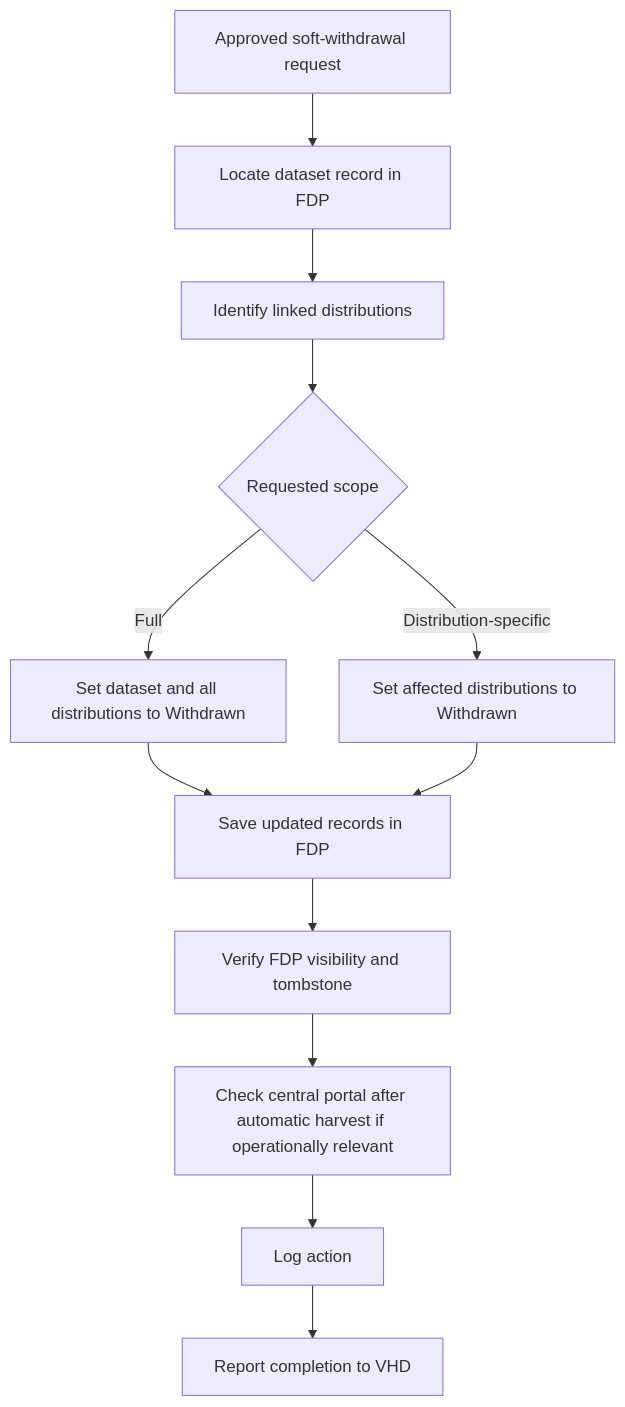
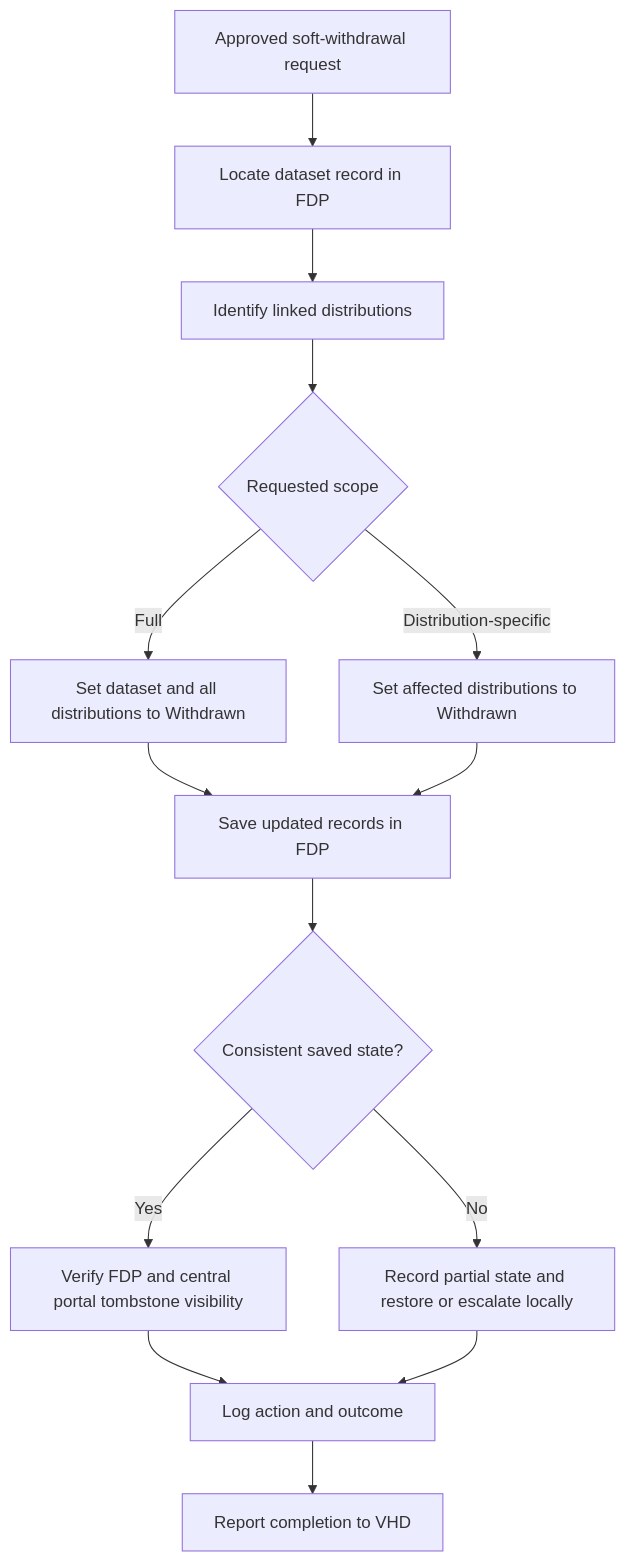
Before and after one commit to M-casado/standard-operating-procedures: the diagram in sops/node-specific/GDI-SOP0011_withdraw-dataset-from-node-fair-data-point.md, drawn with Mermaid. The commit also changed other lines of this file and 1 other file, not shown here.

````diff
--- a/sops/node-specific/GDI-SOP0011_withdraw-dataset-from-node-fair-data-point.md
+++ b/sops/node-specific/GDI-SOP0011_withdraw-dataset-from-node-fair-data-point.md
@@ -86,19 +87,22 @@
 ```mermaid
-flowchart TD
+flowchart TB
     request["Approved soft-withdrawal request"]
     find["Locate dataset record in FDP"]
     dist["Identify linked distributions"]
     scope{"Requested scope"}
     full["Set dataset and all distributions to Withdrawn"]
     partial["Set affected distributions to Withdrawn"]
     save["Save updated records in FDP"]
-    verify["Verify FDP visibility and tombstone"]
-    harvest["Check central portal after automatic harvest if operationally relevant"]
-    log["Log action"]
+    recover{"Consistent saved state?"}
+    verify["Verify FDP and central portal tombstone visibility"]
+    recover_step["Record partial state and restore or escalate locally"]
+    log["Log action and outcome"]
     report["Report completion to VHD"]
 
     request --> find --> dist --> scope
     scope -->|Full| full --> save
     scope -->|Distribution-specific| partial --> save
-    save --> verify --> harvest --> log --> report
+    save --> recover
+    recover -->|Yes| verify --> log --> report
+    recover -->|No| recover_step --> log
 ```
````
